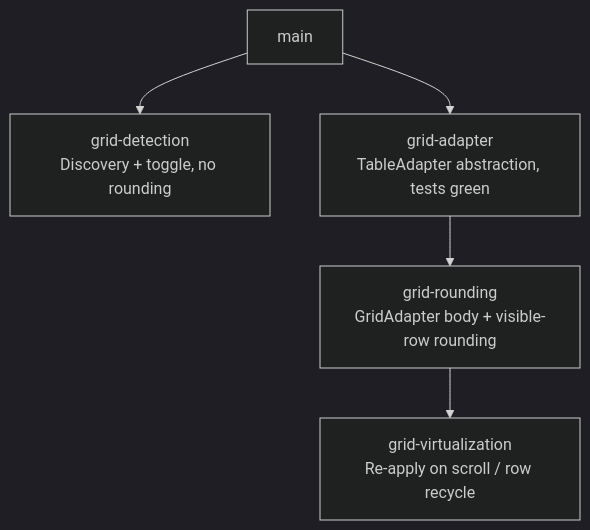
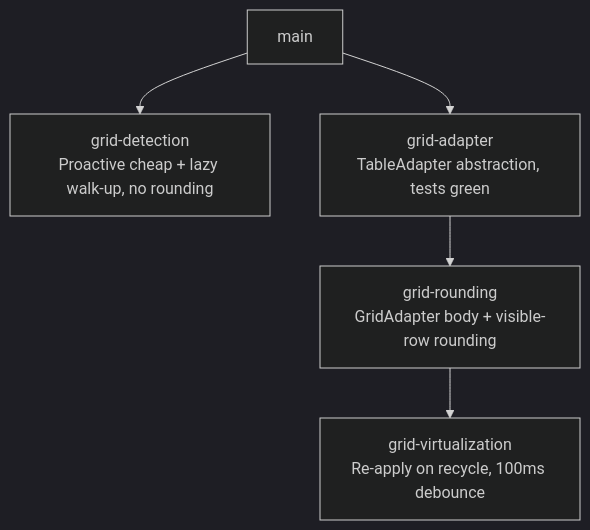
One commit to ArieFisher/dynamic-rounding changed the diagram in docs/sprint-plans/grid-support.md. Above: the diagram before and after it, drawn with Mermaid (dark theme). The commit also changed other lines of this file, not shown here.

First line of the commit message:
plan(grid-support): finalize strategy — column-structure heuristic, lazy discovery

````diff
--- a/docs/sprint-plans/grid-support.md
+++ b/docs/sprint-plans/grid-support.md
@@ -178,12 +218,12 @@
 ```mermaid
 flowchart TD
     base[main]
-    s1["grid-detection<br/>Discovery + toggle, no rounding"]
+    s1["grid-detection<br/>Proactive cheap + lazy walk-up, no rounding"]
     s2["grid-adapter<br/>TableAdapter abstraction, tests green"]
     s3["grid-rounding<br/>GridAdapter body + visible-row rounding"]
-    s4["grid-virtualization<br/>Re-apply on scroll / row recycle"]
+    s4["grid-virtualization<br/>Re-apply on recycle, 100ms debounce"]
     base --> s1
     base --> s2
     s2 --> s3
     s3 --> s4
 ```
````
